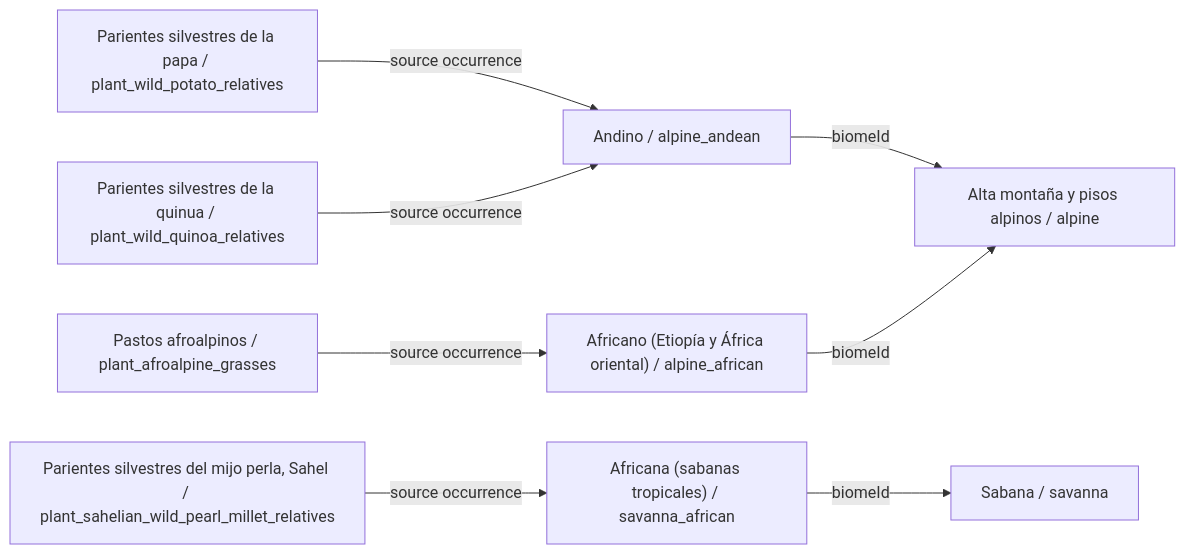
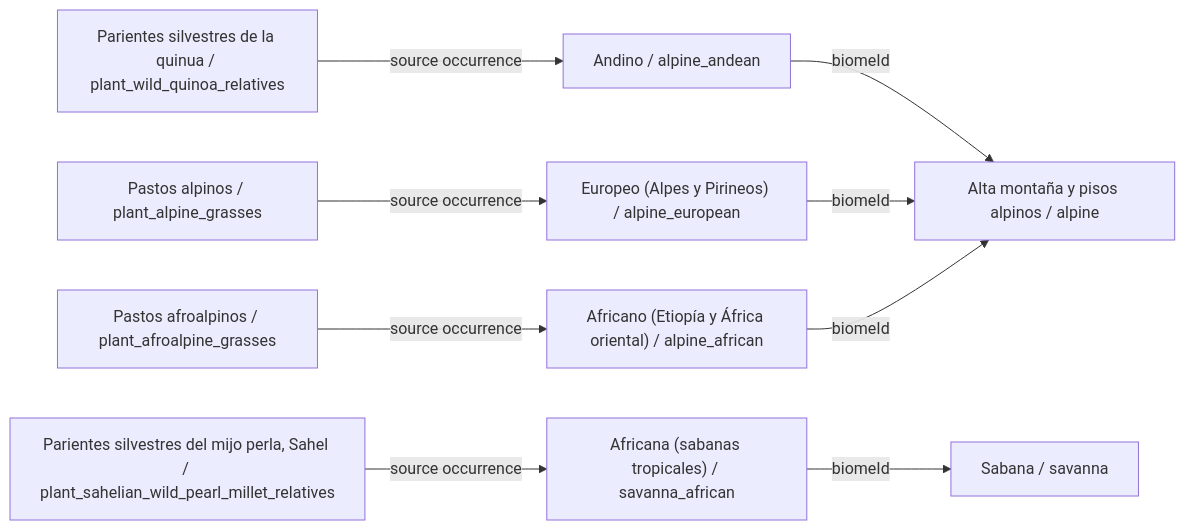
Before and after one commit to fgabo404/EvolveDoc: diagram 18 of 34 in data/plants/DIAGRAMS.es.md, drawn with Mermaid. The commit also changed other lines of this file and 59 other files, not shown here.

````diff
--- a/data/plants/DIAGRAMS.es.md
+++ b/data/plants/DIAGRAMS.es.md
@@ -669,19 +623,21 @@
 ```mermaid
 flowchart LR
-    c0["Parientes silvestres de la papa / plant_wild_potato_relatives"]
+    c0["Parientes silvestres de la quinua / plant_wild_quinoa_relatives"]
     v23["Andino / alpine_andean"]
     b6["Alta montaña y pisos alpinos / alpine"]
-    c1["Parientes silvestres de la quinua / plant_wild_quinoa_relatives"]
-    c2["Parientes silvestres del mijo perla, Sahel / plant_sahelian_wild_pearl_millet_relatives"]
+    c1["Parientes silvestres del mijo perla, Sahel / plant_sahelian_wild_pearl_millet_relatives"]
     v11["Africana (sabanas tropicales) / savanna_african"]
     b3["Sabana / savanna"]
-    c3["Pastos afroalpinos / plant_afroalpine_grasses"]
+    c2["Pastos afroalpinos / plant_afroalpine_grasses"]
     v26["Africano (Etiopía y África oriental) / alpine_african"]
+    c3["Pastos alpinos / plant_alpine_grasses"]
+    v25["Europeo (Alpes y Pirineos) / alpine_european"]
     c0 -->|source occurrence| v23
-    c1 -->|source occurrence| v23
-    c2 -->|source occurrence| v11
-    c3 -->|source occurrence| v26
+    c1 -->|source occurrence| v11
+    c2 -->|source occurrence| v26
+    c3 -->|source occurrence| v25
     v11 -->|biomeId| b3
     v23 -->|biomeId| b6
+    v25 -->|biomeId| b6
     v26 -->|biomeId| b6
 ```
````
